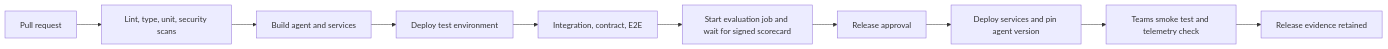
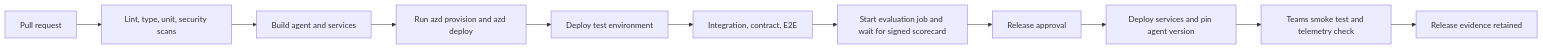
Diagram 12 of 12 in architecture.md (duongthaiha/intake-agent), drawn with Mermaid before and after one commit. The commit also changed other lines of this file and 1 other file, not shown here.

````diff
--- a/architecture.md
+++ b/architecture.md
@@ -909,12 +926,13 @@
 ```mermaid
 flowchart LR
     PR[Pull request] --> Static[Lint, type, unit, security scans]
     Static --> Build[Build agent and services]
-    Build --> DeployTest[Deploy test environment]
+    Build --> AzdTest[Run azd provision and azd deploy]
+    AzdTest --> DeployTest[Deploy test environment]
     DeployTest --> Tests[Integration, contract, E2E]
     Tests --> Eval[Start evaluation job and wait for signed scorecard]
     Eval --> Approval[Release approval]
     Approval --> Prod[Deploy services and pin agent version]
     Prod --> Smoke[Teams smoke test and telemetry check]
     Smoke --> Complete[Release evidence retained]
 ```
````
